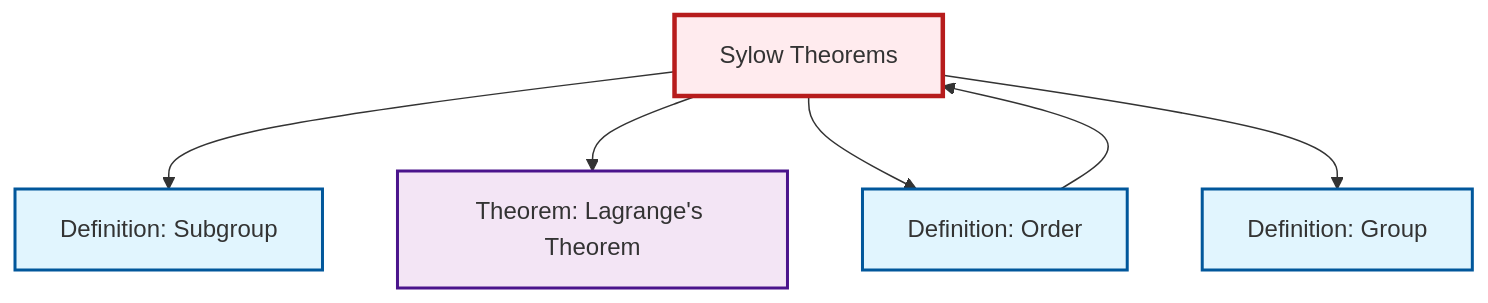
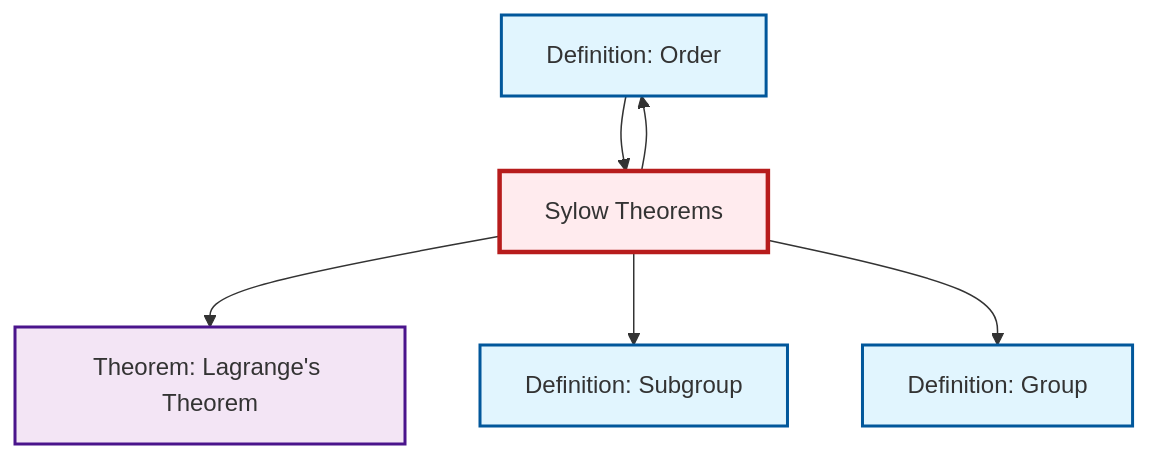
The diagram in content/en/algebra/thm-sylow.qmd (RK0429/ModernMath), drawn with Mermaid before and after one commit. The commit also changed other lines of this file and 1012 other files, not shown here.

````diff
--- a/content/en/algebra/thm-sylow.qmd
+++ b/content/en/algebra/thm-sylow.qmd
@@ -85,24 +85,24 @@
 ```{mermaid}
 %%| fig-cap: "Local dependency graph"
 graph TD
     classDef definition fill:#e1f5fe,stroke:#01579b,stroke-width:2px
     classDef theorem fill:#f3e5f5,stroke:#4a148c,stroke-width:2px
     classDef axiom fill:#fff3e0,stroke:#e65100,stroke-width:2px
     classDef example fill:#e8f5e9,stroke:#1b5e20,stroke-width:2px
     classDef current fill:#ffebee,stroke:#b71c1c,stroke-width:3px
+    def-subgroup["Definition: Subgroup"]:::definition
+    def-order["Definition: Order"]:::definition
     thm-lagrange["Theorem: Lagrange's Theorem"]:::theorem
     thm-sylow["Sylow Theorems"]:::theorem
-    def-order["Definition: Order"]:::definition
-    def-subgroup["Definition: Subgroup"]:::definition
     def-group["Definition: Group"]:::definition
+    thm-sylow --> def-order
+    thm-sylow --> thm-lagrange
     thm-sylow --> def-subgroup
+    thm-sylow --> def-group
     def-order --> thm-sylow
-    thm-sylow --> thm-lagrange
-    thm-sylow --> def-order
-    thm-sylow --> def-group
     class thm-sylow current
+    click def-subgroup "def-subgroup.html" "Go to Subgroup definition"
+    click def-order "def-order.html" "Go to Order definition"
     click thm-lagrange "thm-lagrange.html" "Go to Lagrange's Theorem theorem"
-    click def-order "def-order.html" "Go to Order definition"
-    click def-subgroup "def-subgroup.html" "Go to Subgroup definition"
     click def-group "def-group.html" "Go to Group definition"
 ```
````
